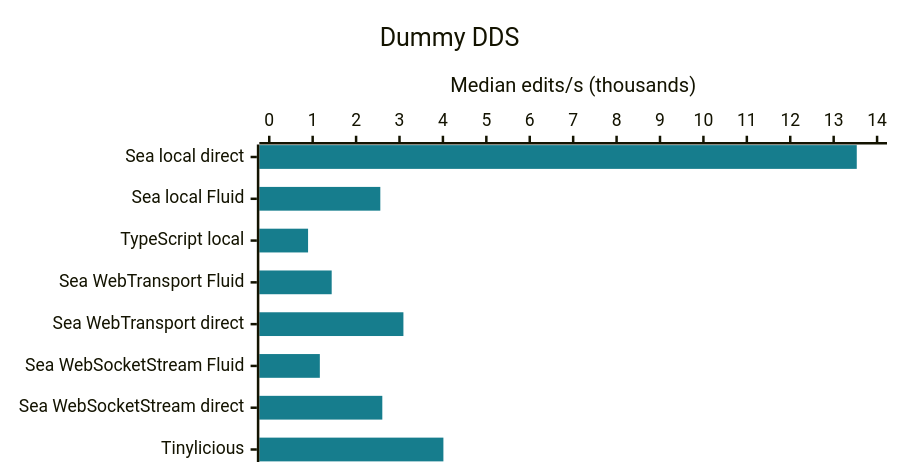
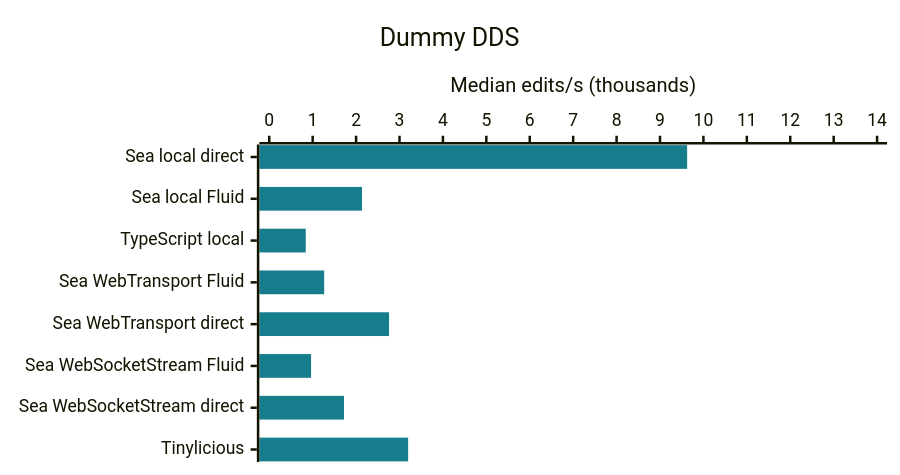
One commit to microsoft/FluidFramework changed the fifth of 6 diagrams in rust-service/historical/PROJECT_OVERVIEW.md. Above: the diagram before and after it, drawn with Mermaid. The commit also changed other lines of this file and 10 other files, not shown here.

````diff
--- a/rust-service/historical/PROJECT_OVERVIEW.md
+++ b/rust-service/historical/PROJECT_OVERVIEW.md
@@ -263,15 +262,15 @@
 ```mermaid
 ---
 config:
   xyChart:
     height: 360
   themeVariables:
     xyChart:
       plotColorPalette: "#167d8d"
 ---
 xychart-beta horizontal
   title "Dummy DDS"
   x-axis ["Sea local direct", "Sea local Fluid", "TypeScript local", "Sea WebTransport Fluid", "Sea WebTransport direct", "Sea WebSocketStream Fluid", "Sea WebSocketStream direct", "Tinylicious"]
   y-axis "Median edits/s (thousands)" 0 --> 14
-  bar [13.532, 2.558, 0.894, 1.438, 3.090, 1.165, 2.604, 4.011]
+  bar [9.625, 2.137, 0.841, 1.265, 2.759, 0.963, 1.721, 3.199]
 ```
````
